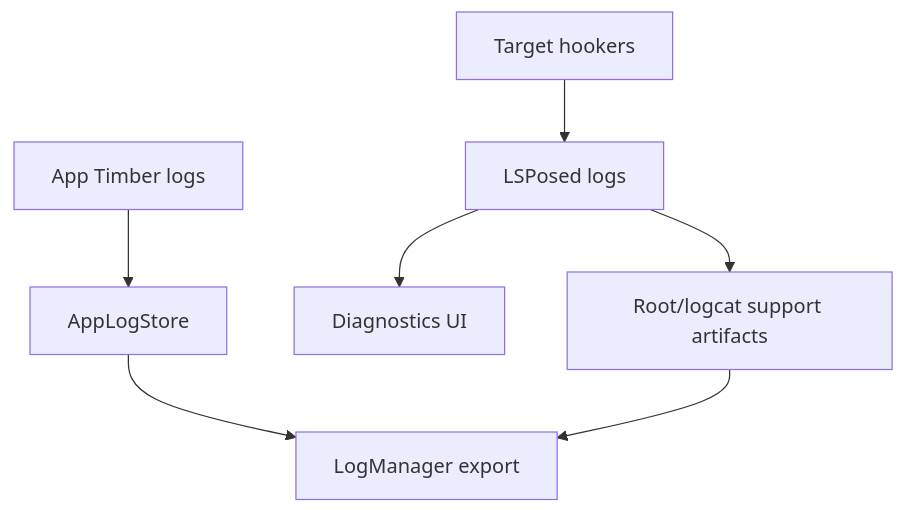
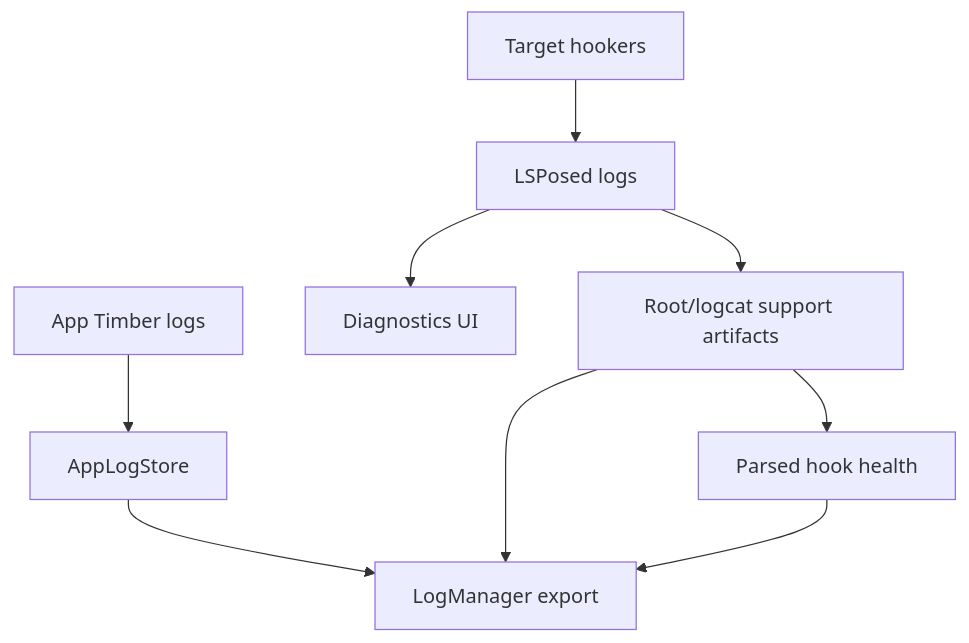
Before and after one commit to mohdakil2426/Device-Masker: the sixth of 7 diagrams in docs/public/ARCHITECTURE.md, drawn with Mermaid. The commit also changed other lines of this file and 11 other files, not shown here.

````diff
--- a/docs/public/ARCHITECTURE.md
+++ b/docs/public/ARCHITECTURE.md
@@ -202,15 +202,17 @@
 ```mermaid
 flowchart TD
     AppTimber["App Timber logs"]
     AppStore["AppLogStore"]
     Export["LogManager export"]
     Hook["Target hookers"]
     LS["LSPosed logs"]
+    Health["Parsed hook health"]
     UI["Diagnostics UI"]
     Root["Root/logcat support artifacts"]
 
     AppTimber --> AppStore --> Export
     Hook --> LS
     LS --> UI
     LS --> Root --> Export
+    Root --> Health --> Export
 ```
````
